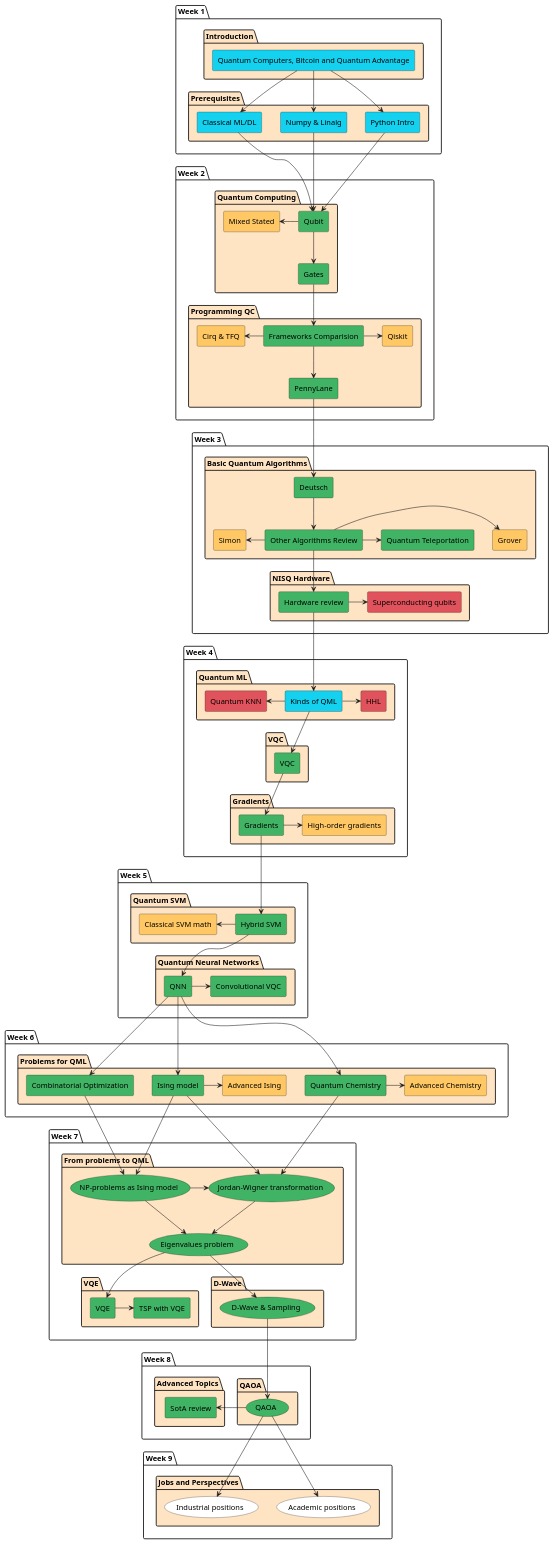
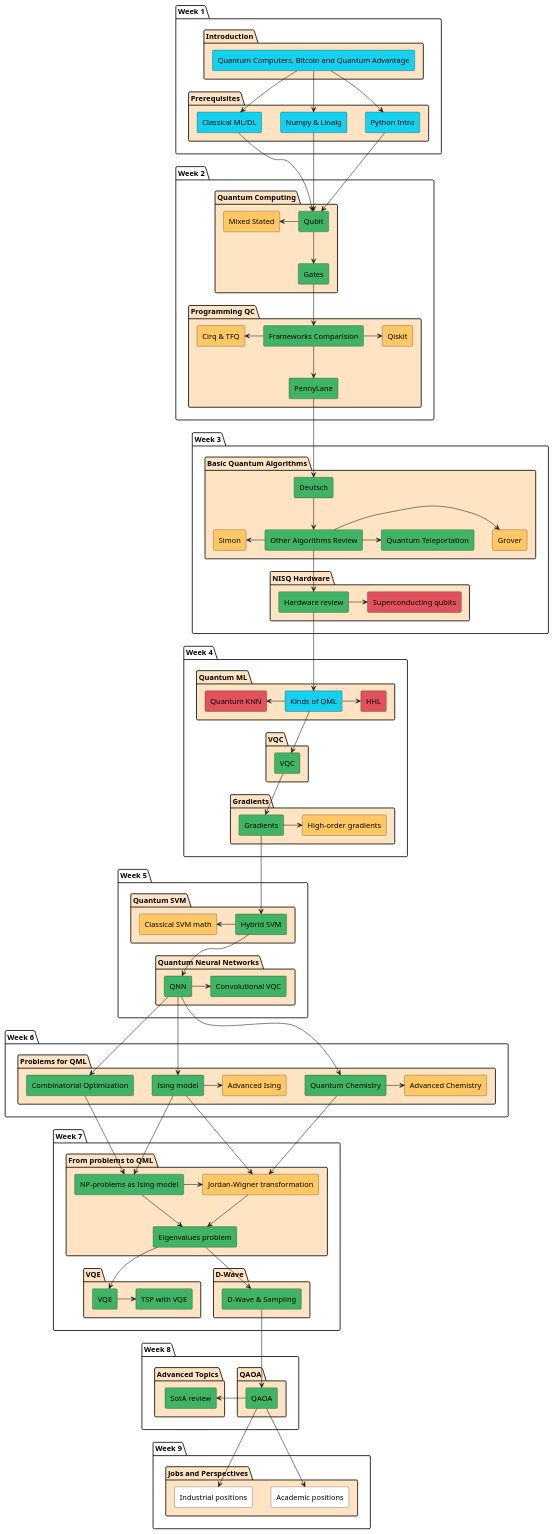
Before and after one commit to quantum-ods/qmlcourse: the diagram in qmlcourseRU/_static/index/program.plantuml, drawn with PlantUML. The commit also changed 1 other file, not shown here.

```diff
--- a/qmlcourseRU/_static/index/program.plantuml
+++ b/qmlcourseRU/_static/index/program.plantuml
@@ -1,186 +1,185 @@
 @startuml
 package "Week 1" {
         package "Introduction" #Bisque {
                 rectangle "Quantum Computers, Bitcoin and Quantum Advantage" as intro1 #14D2EF
         }
 
         package "Prerequisites" #Bisque {
                 rectangle "Python Intro" as python #14D2EF
                 rectangle "Numpy & Linalg" as numpy #14D2EF
                 rectangle "Classical ML/DL" as ml #14D2EF
         }
 }
 
 package "Week 2" {
         package "Quantum Computing" as qci #Bisque {
                 rectangle "Qubit" as qubit #40B464
                 rectangle "Gates" as gates #40B464
                 rectangle "Mixed Stated" as mixed #FFC864
         }
 
         package "Programming QC" #Bisque {
                 rectangle "Frameworks Comparision" as progcomparision #40B464
                 rectangle "PennyLane" as pennylane #40B464
                 rectangle "Qiskit" as qiskit #FFC864
                 rectangle "Cirq & TFQ" as cirq #FFC864
         }
 }
 
 package "Week 3" {
         package "Basic Quantum Algorithms" as qalgo #Bisque {
                 rectangle "Deutsch" as deutsch #40B464
                 rectangle "Other Algorithms Review" as advanced_algos #40B464
                 rectangle "Grover" as grover #FFC864
                 rectangle "Quantum Teleportation" as qtp #40B464
                 rectangle "Simon" as saimon #FFC864
         }
 
         package "NISQ Hardware" #Bisque {
                 rectangle "Hardware review" as review #40B464
                 rectangle "Superconducting qubits" as schard #E0535C
         }
 }
 
 package "Week 4" {
         package "Quantum ML" #Bisque {
                 rectangle "Kinds of QML" as qml_general #14D2EF
                 rectangle "HHL" as hhl #E0535C
                 rectangle "Quantum KNN" as qknn #E0535C
         }
 
         package "VQC" #Bisque {
                 rectangle "VQC" as vqc #40B464
         }
 
         package "Gradients" #Bisque {
                 rectangle "Gradients" as grad #40B464
                 rectangle "High-order gradients" as hograd #FFC864
         }
 }
 
 package "Week 5" {
         package "Quantum SVM" #Bisque {
                 rectangle "Hybrid SVM" as hsvm #40B464
                 rectangle "Classical SVM math" as csvm #FFC864
         }
 
         package "Quantum Neural Networks" #Bisque {
                 rectangle "QNN" as qnn #40B464
                 ' rectangle "Barren plateaus" as barren #FFC864
                 rectangle "Convolutional VQC" as convvqc #40B464
         }
 }
 
 package "Week 6" {
         package "Problems for QML" #Bisque {
                 rectangle "Ising model" as ising #40B464
                 rectangle "Advanced Ising" as aising #FFC864
                 rectangle "Combinatorial Optimization" as copt #40B464
                 rectangle "Quantum Chemistry" as qchem #40B464
                 rectangle "Advanced Chemistry" as aqchem #FFC864
         }
 }
 
 package "Week 7" {
           package "From problems to QML" #Bisque {
-                usecase "NP-problems as Ising model" as npising #40B464
-                usecase "Jordan-Wigner transformation" as jordan #40B464
-                usecase "Eigenvalues problem" as eigenvals #40B464
+                rectangle "NP-problems as Ising model" as npising #40B464
+                rectangle "Jordan-Wigner transformation" as jordan #FFC864
+                rectangle "Eigenvalues problem" as eigenvals #40B464
         }
 
         package "VQE" #Bisque {
                 rectangle "VQE" as vqe #40B464
                 rectangle "TSP with VQE" as tspvqe #40B464
         }
 
         package "D-Wave" #Bisque {
-                usecase "D-Wave & Sampling" as dwave #40B464
+                rectangle "D-Wave & Sampling" as dwave #40B464
         }
 }
 
 package "Week 8" {
         package "QAOA" #Bisque {
-                usecase "QAOA" as qaoa #40B464
+                rectangle "QAOA" as qaoa #40B464
         }
         package "Advanced Topics" as adv #Bisque {
                 rectangle "SotA review" as sota #40B464
         }
 }
 
 package "Week 9" {
         package "Jobs and Perspectives" as jobs #Bisque {
-                usecase "Academic positions" as academic #White
-                usecase "Industrial positions" as industrial #White
+                rectangle "Academic positions" as academic #White
+                rectangle "Industrial positions" as industrial #White
         }
 }
-
 
 intro1 --> python
 intro1 --> numpy
 intro1 --> ml
 
 python --> qubit
 numpy --> qubit
 ml --> qubit
 
 qubit --> gates
 mixed <- qubit
 
 gates --> progcomparision
 progcomparision --> pennylane
 cirq <- progcomparision
 progcomparision -> qiskit
 
 pennylane --> deutsch
 
 deutsch --> advanced_algos
 advanced_algos -> grover
 advanced_algos -> qtp
 saimon <- advanced_algos
 
 advanced_algos --> review
 review -> schard
 
 review --> qml_general
 
 qml_general -> hhl
 qknn <- qml_general
 
 qml_general --> vqc
 
 vqc --> grad
 grad -> hograd
 
 grad --> hsvm
 ' barren <- qnn
 qnn -> convvqc
 
 hsvm --> qnn
 csvm <- hsvm
 
 qnn --> copt
 qnn --> ising
 qnn --> qchem
 qchem -> aqchem
 qchem --> jordan
 ising -> aising
 ising --> npising
 ising --> jordan
 npising -> jordan
 copt --> npising
 
 npising --> eigenvals
 jordan --> eigenvals
 
 eigenvals --> vqe
 eigenvals --> dwave
 
 vqe -> tspvqe
 
 dwave --> qaoa
 
 qaoa -> sota
 qaoa --> academic
 qaoa --> industrial
 
 @enduml
```
